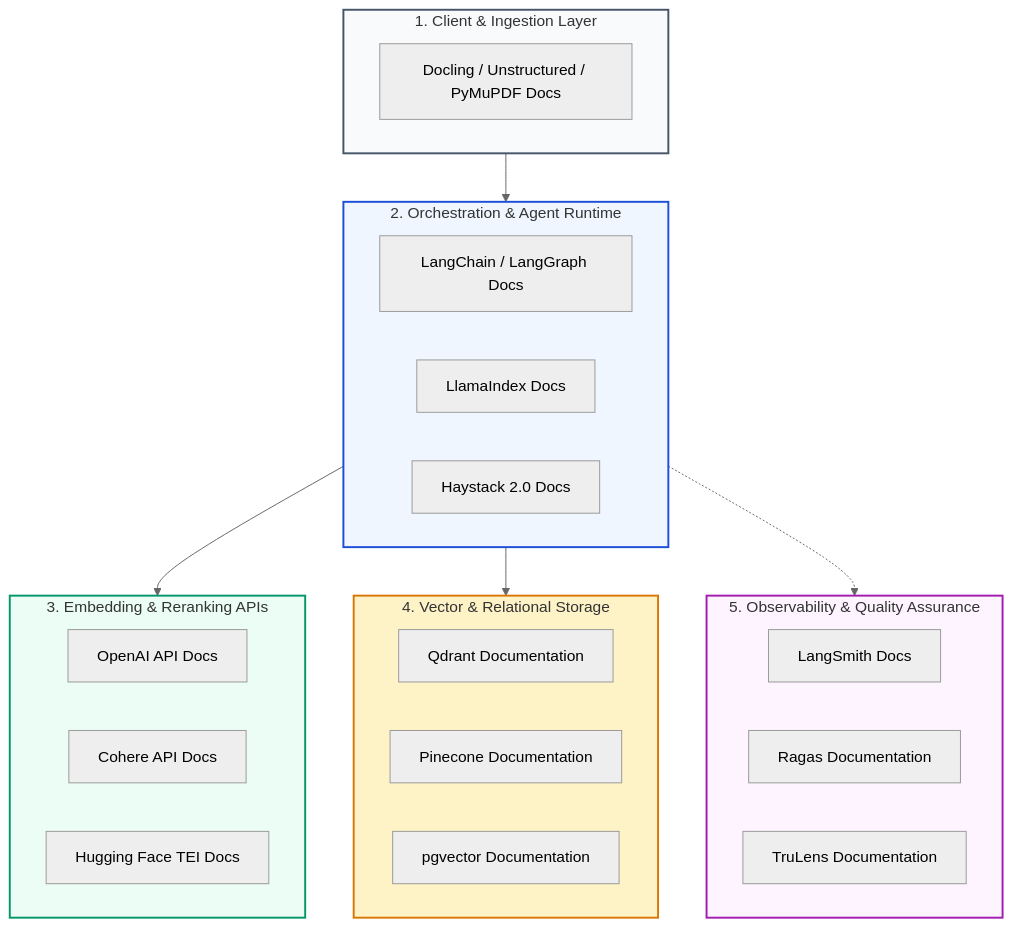
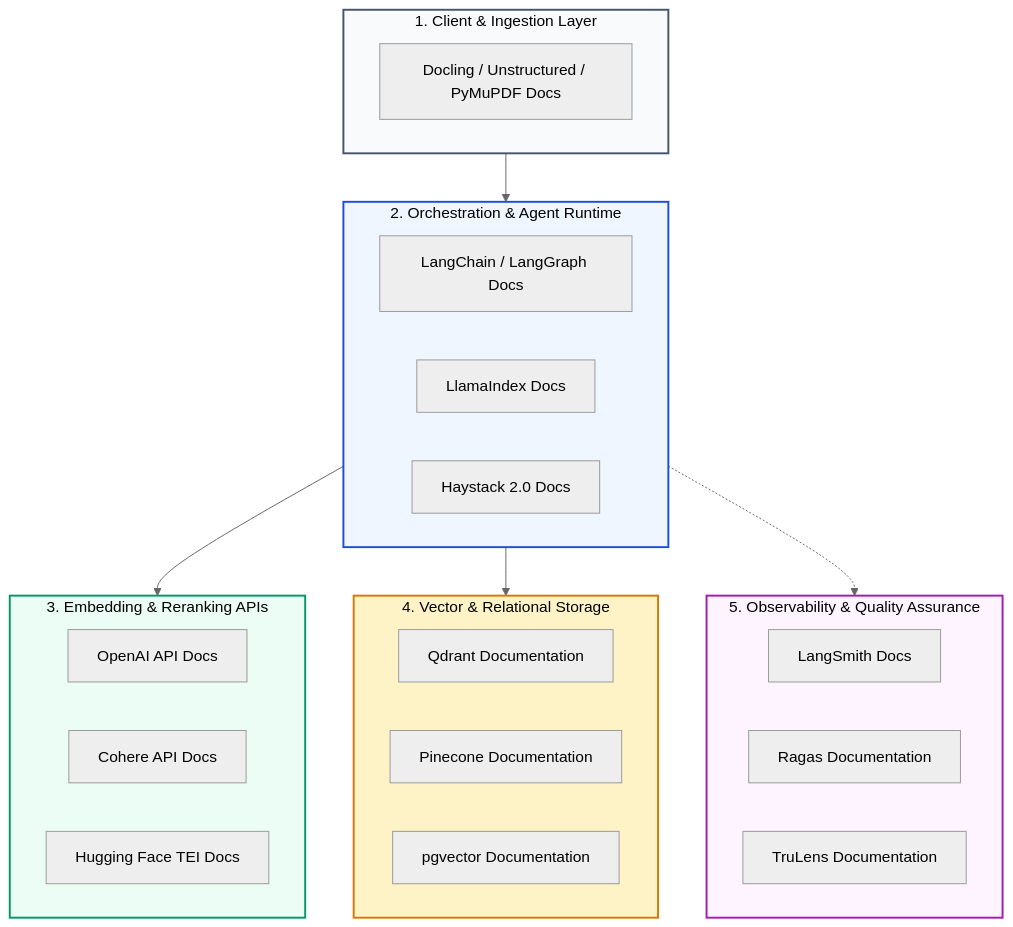
The first of 3 diagrams in 12-Resources/Documentation.md (swapnil3104/RAG-Engineering), drawn with Mermaid (neutral theme) before and after one commit. The commit also changed other lines of this file and 108 other files, not shown here.

Commit message:
fix: make chart text visible across all Mermaid diagrams and resolve markdown table formatting issues

````diff
--- a/12-Resources/Documentation.md
+++ b/12-Resources/Documentation.md
@@ -23,40 +23,40 @@
 ```mermaid
 flowchart TD
     subgraph Layer1 ["1. Client & Ingestion Layer"]
         DOC["Docling / Unstructured / PyMuPDF Docs"]
     end
 
     subgraph Layer2 ["2. Orchestration & Agent Runtime"]
         LC["LangChain / LangGraph Docs"]
         LI["LlamaIndex Docs"]
         HS["Haystack 2.0 Docs"]
     end
 
     subgraph Layer3 ["3. Embedding & Reranking APIs"]
         OAI["OpenAI API Docs"]
         COH["Cohere API Docs"]
         HF["Hugging Face TEI Docs"]
     end
 
     subgraph Layer4 ["4. Vector & Relational Storage"]
         QD["Qdrant Documentation"]
         PC["Pinecone Documentation"]
         PG["pgvector Documentation"]
     end
 
     subgraph Layer5 ["5. Observability & Quality Assurance"]
         LS["LangSmith Docs"]
         RAGAS["Ragas Documentation"]
         TRU["TruLens Documentation"]
     end
 
     Layer1 --> Layer2
     Layer2 --> Layer3 & Layer4
     Layer2 -.-> Layer5
 
-    style Layer1 fill:#f8fafc,stroke:#475569,stroke-width:2px
-    style Layer2 fill:#eff6ff,stroke:#1d4ed8,stroke-width:2px
-    style Layer3 fill:#ecfdf5,stroke:#059669,stroke-width:2px
-    style Layer4 fill:#fef3c7,stroke:#d97706,stroke-width:2px
-    style Layer5 fill:#fdf4ff,stroke:#a21caf,stroke-width:2px
+    style Layer1 fill:#f8fafc,stroke:#475569,stroke-width:2px,color:#000000
+    style Layer2 fill:#eff6ff,stroke:#1d4ed8,stroke-width:2px,color:#000000
+    style Layer3 fill:#ecfdf5,stroke:#059669,stroke-width:2px,color:#000000
+    style Layer4 fill:#fef3c7,stroke:#d97706,stroke-width:2px,color:#000000
+    style Layer5 fill:#fdf4ff,stroke:#a21caf,stroke-width:2px,color:#000000
 ```
````
